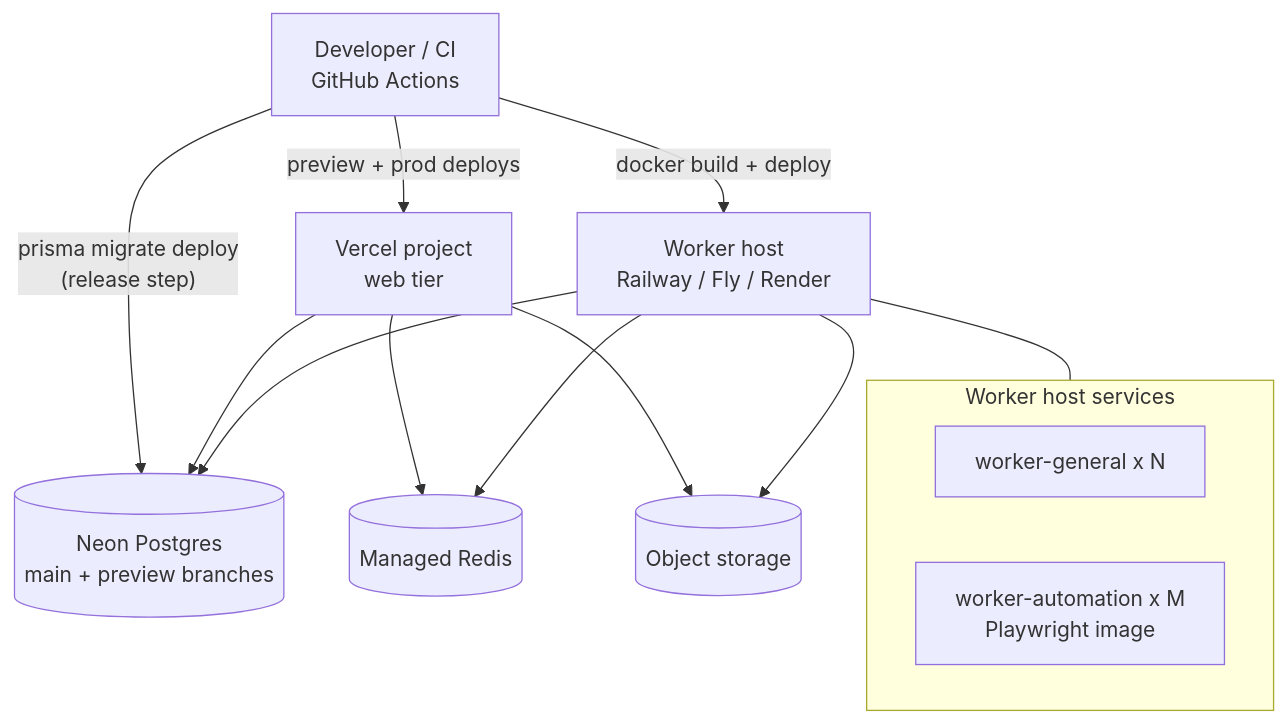
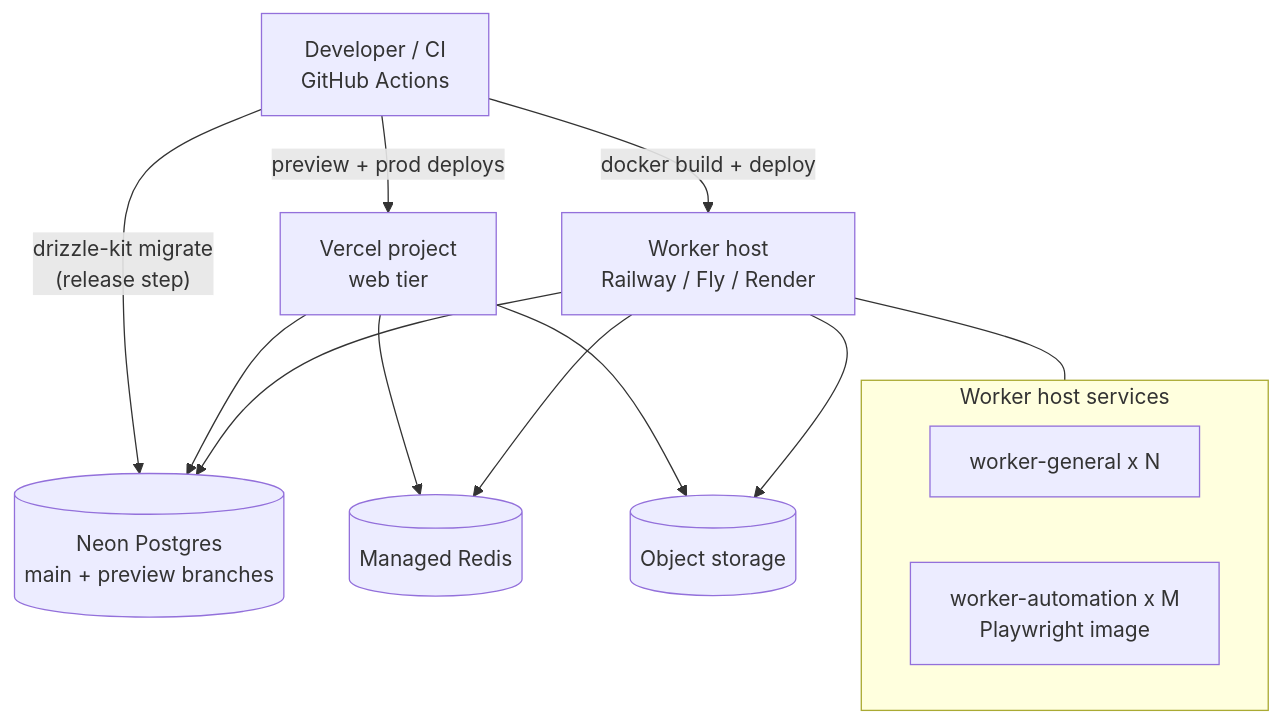
One commit to M-Mujtaba-abid/Job-Automation changed the second of 7 diagrams in plan/SYSTEM_ARCHITECTURE.md. Above: the diagram before and after it, drawn with Mermaid. The commit also changed other lines of this file and 239 other files, not shown here.

````diff
--- a/plan/SYSTEM_ARCHITECTURE.md
+++ b/plan/SYSTEM_ARCHITECTURE.md
@@ -157,17 +157,17 @@
 ```mermaid
 flowchart TB
   DEV["Developer / CI<br/>GitHub Actions"] -->|"preview + prod deploys"| VER["Vercel project<br/>web tier"]
   DEV -->|"docker build + deploy"| WH["Worker host<br/>Railway / Fly / Render"]
-  DEV -->|"prisma migrate deploy<br/>(release step)"| NEON[("Neon Postgres<br/>main + preview branches")]
+  DEV -->|"drizzle-kit migrate<br/>(release step)"| NEON[("Neon Postgres<br/>main + preview branches")]
   VER --> NEON
   VER --> REDIS[("Managed Redis")]
   WH --> NEON
   WH --> REDIS
   VER --> R2[("Object storage")]
   WH --> R2
   subgraph WH_S["Worker host services"]
     W1["worker-general x N"]
     W2["worker-automation x M<br/>Playwright image"]
   end
   WH --- WH_S
 ```
````
